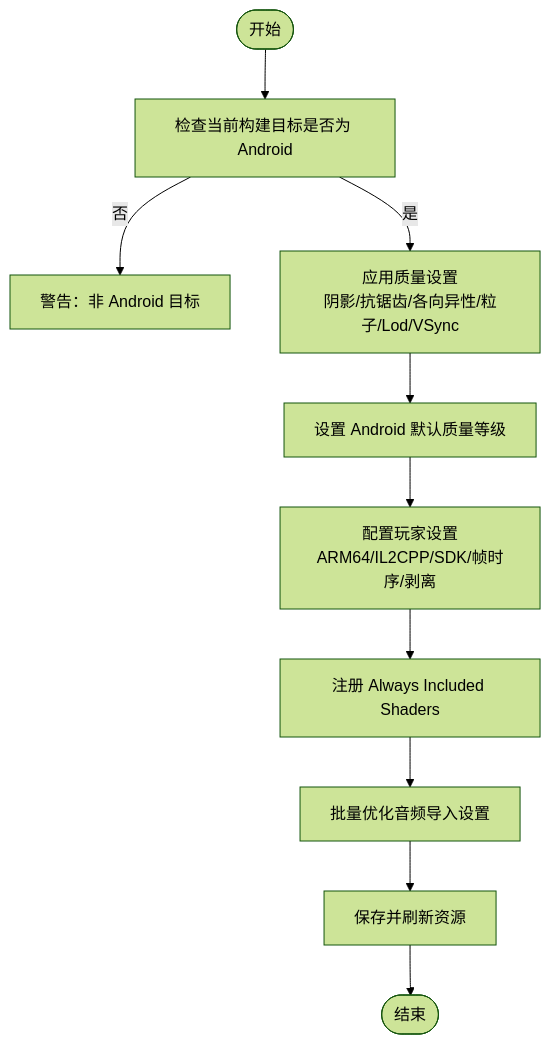
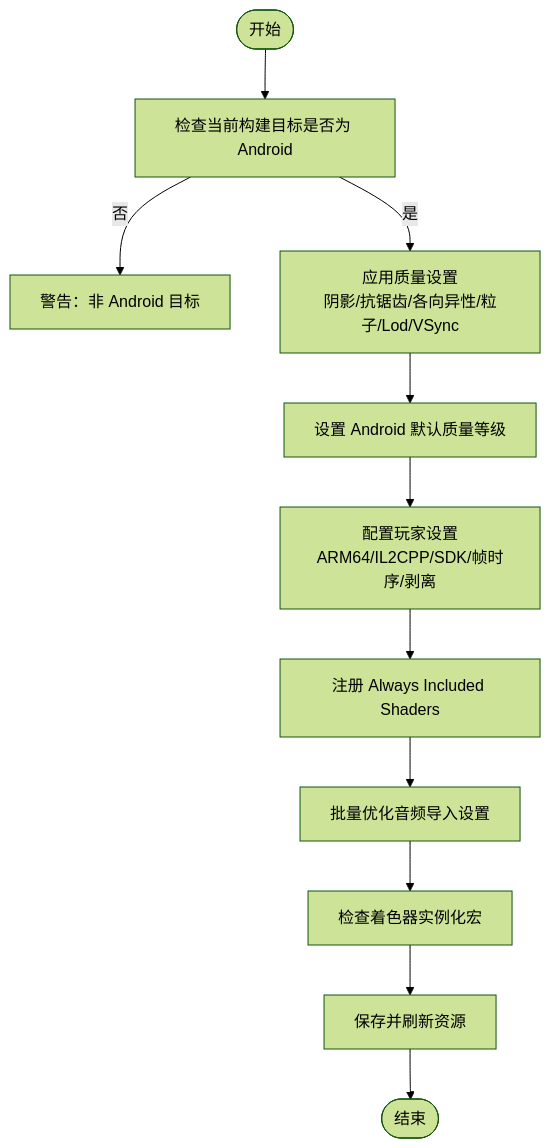
Before and after one commit to cpufreestyle/InkRidge: the third of 5 diagrams in .qoder/repowiki/zh/content/性能优化/编辑器优化脚本.md, drawn with Mermaid (forest theme). The commit also changed other lines of this file and 17 other files, not shown here.

````diff
--- a/.qoder/repowiki/zh/content/性能优化/编辑器优化脚本.md
+++ b/.qoder/repowiki/zh/content/性能优化/编辑器优化脚本.md
@@ -134,12 +155,13 @@
 ```mermaid
 flowchart TD
 Start(["开始"]) --> CheckTarget["检查当前构建目标是否为 Android"]
 CheckTarget --> |否| WarnTarget["警告：非 Android 目标"]
 CheckTarget --> |是| ApplyQuality["应用质量设置<br/>阴影/抗锯齿/各向异性/粒子/Lod/VSync"]
 ApplyQuality --> SetAndroidDefault["设置 Android 默认质量等级"]
 SetAndroidDefault --> PlayerCfg["配置玩家设置<br/>ARM64/IL2CPP/SDK/帧时序/剥离"]
 PlayerCfg --> GraphicsCfg["注册 Always Included Shaders"]
 GraphicsCfg --> AudioCfg["批量优化音频导入设置"]
-AudioCfg --> SaveRefresh["保存并刷新资源"]
+AudioCfg --> ShaderCheck["检查着色器实例化宏"]
+ShaderCheck --> SaveRefresh["保存并刷新资源"]
 SaveRefresh --> End(["结束"])
 ```
````
